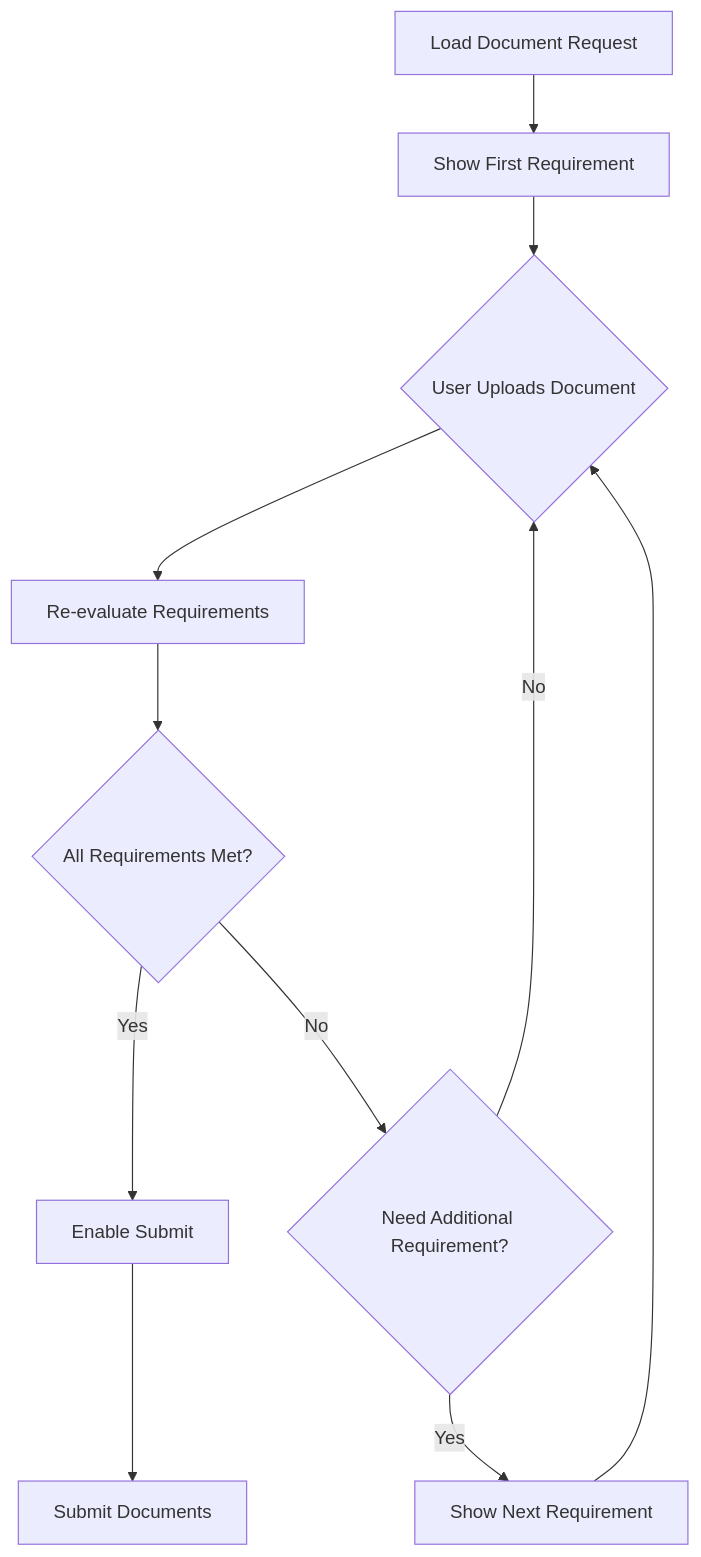
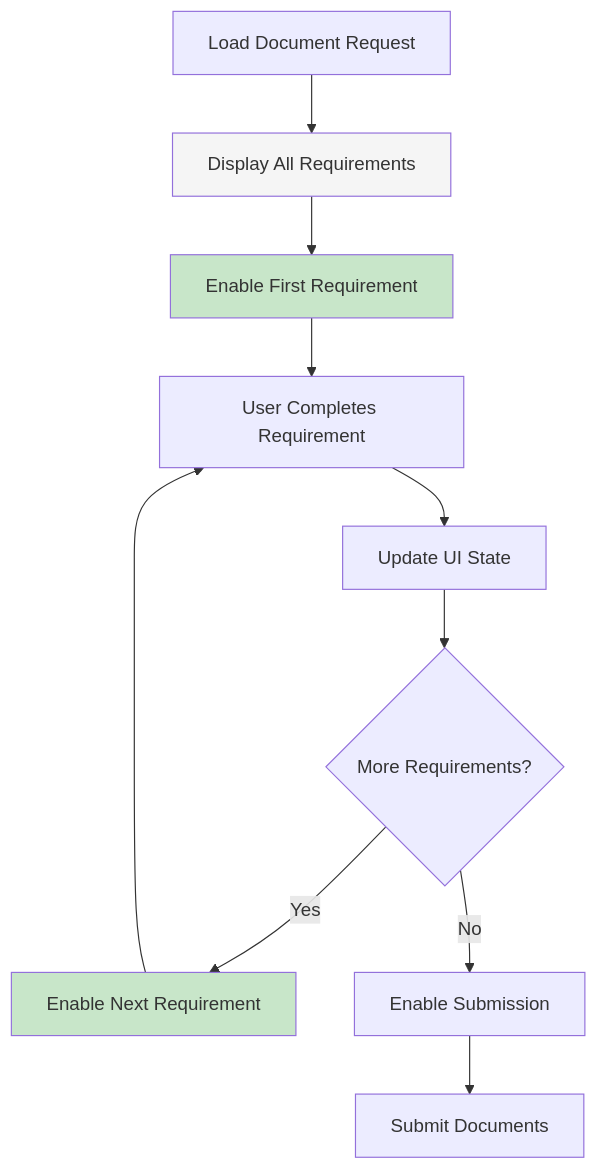
Before and after one commit to jpmorgan-payments/embedded-finance: the second of 2 diagrams in embedded-components/src/core/OnboardingWizardBasic/DocumentUploadStepForm/IMPLEMENTATION_GUIDE.md, drawn with Mermaid. The commit also changed other lines of this file, not shown here.

Commit message:
refactor: streamline DocumentUploadStepForm implementation guide for clarity and user flow

````diff
--- a/embedded-components/src/core/OnboardingWizardBasic/DocumentUploadStepForm/IMPLEMENTATION_GUIDE.md
+++ b/embedded-components/src/core/OnboardingWizardBasic/DocumentUploadStepForm/IMPLEMENTATION_GUIDE.md
@@ -46,13 +43,16 @@
 ```mermaid
 flowchart TD
-    A[Load Document Request] --> B[Show First Requirement]
-    B --> C{User Uploads Document}
-    C --> D[Re-evaluate Requirements]
-    D --> E{All Requirements Met?}
-    E -- Yes --> F[Enable Submit]
-    E -- No --> G{Need Additional Requirement?}
-    G -- Yes --> H[Show Next Requirement]
-    G -- No --> C
-    H --> C
-    F --> I[Submit Documents]
+    A[Load Document Request] --> B[Display All Requirements]
+    B --> C[Enable First Requirement]
+    C --> D[User Completes Requirement]
+    D --> E[Update UI State]
+    E --> F{More Requirements?}
+    F -- Yes --> G[Enable Next Requirement]
+    F -- No --> H[Enable Submission]
+    G --> D
+    H --> I[Submit Documents]
+    
+    style B fill:#f5f5f5
+    style C fill:#c8e6c9
+    style G fill:#c8e6c9
 ```
````
